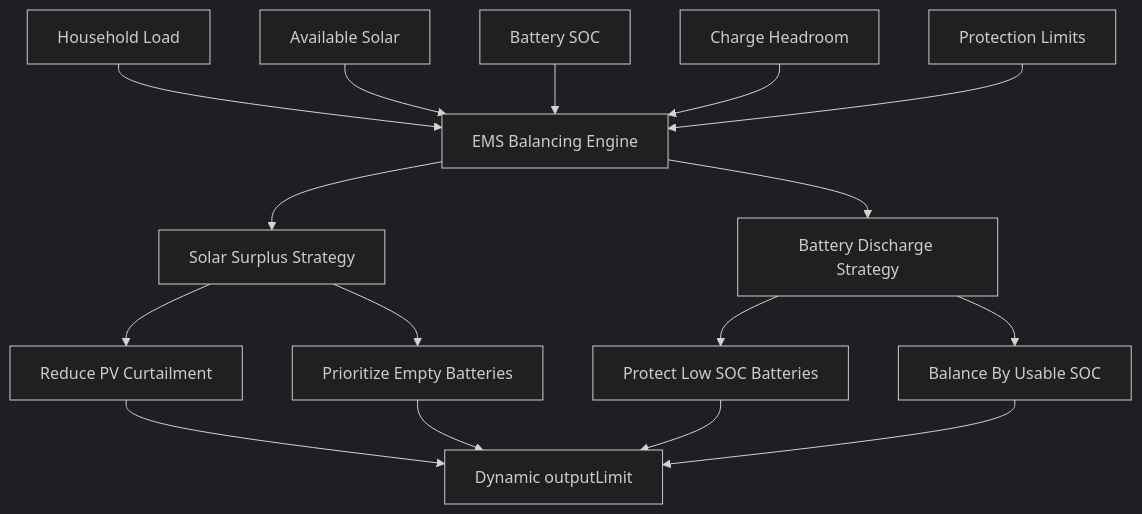
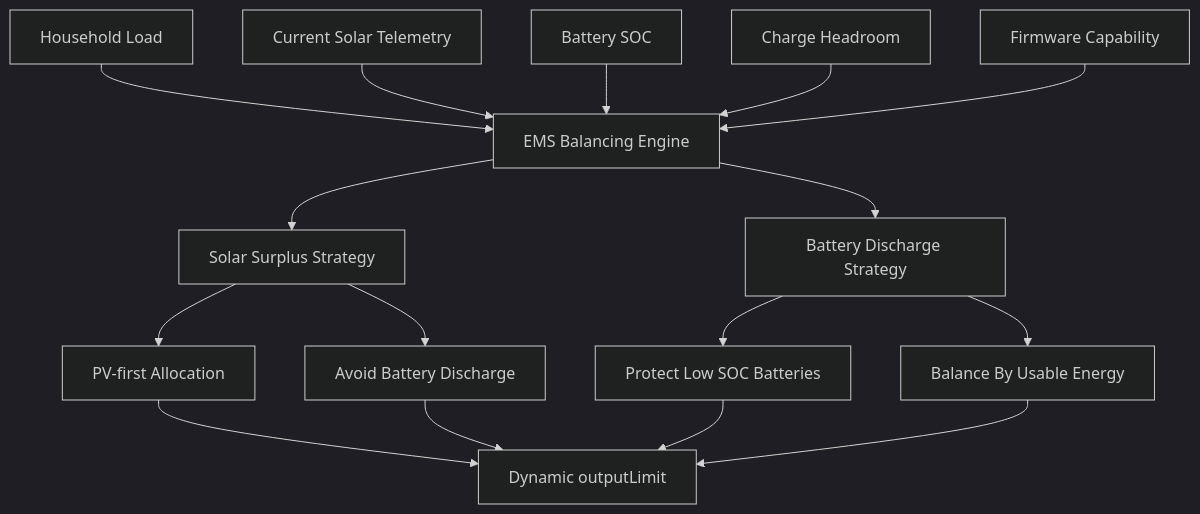
The second of 6 diagrams in README.md (basecubedev/ems-solarflow-api-control), drawn with Mermaid (dark theme) before and after one commit. The commit also changed other lines of this file and 3 other files, not shown here.

````diff
--- a/README.md
+++ b/README.md
@@ -137,31 +607,31 @@
 ```mermaid
 flowchart TD
 
     LOAD[Household Load]
-    SOLAR[Available Solar]
+    SOLAR[Current Solar Telemetry]
     SOC[Battery SOC]
     HEADROOM[Charge Headroom]
-    LIMITS[Protection Limits]
+    LIMITS[Firmware Capability]
 
     EMS[EMS Balancing Engine]
 
     LOAD --> EMS
     SOLAR --> EMS
     SOC --> EMS
     HEADROOM --> EMS
     LIMITS --> EMS
 
     EMS --> SURPLUS[Solar Surplus Strategy]
     EMS --> DISCHARGE[Battery Discharge Strategy]
 
-    SURPLUS --> CURTAIL[Reduce PV Curtailment]
-    SURPLUS --> CHARGE[Prioritize Empty Batteries]
+    SURPLUS --> PVFIRST[PV-first Allocation]
+    SURPLUS --> NO_BATTERY_DISCHARGE[Avoid Battery Discharge]
 
     DISCHARGE --> PROTECT[Protect Low SOC Batteries]
-    DISCHARGE --> BALANCE[Balance By Usable SOC]
+    DISCHARGE --> BALANCE[Balance By Usable Energy]
 
-    CURTAIL --> OUTPUT[Dynamic outputLimit]
-    CHARGE --> OUTPUT
+    PVFIRST --> OUTPUT[Dynamic outputLimit]
+    NO_BATTERY_DISCHARGE --> OUTPUT
     PROTECT --> OUTPUT
     BALANCE --> OUTPUT
 ```
````
